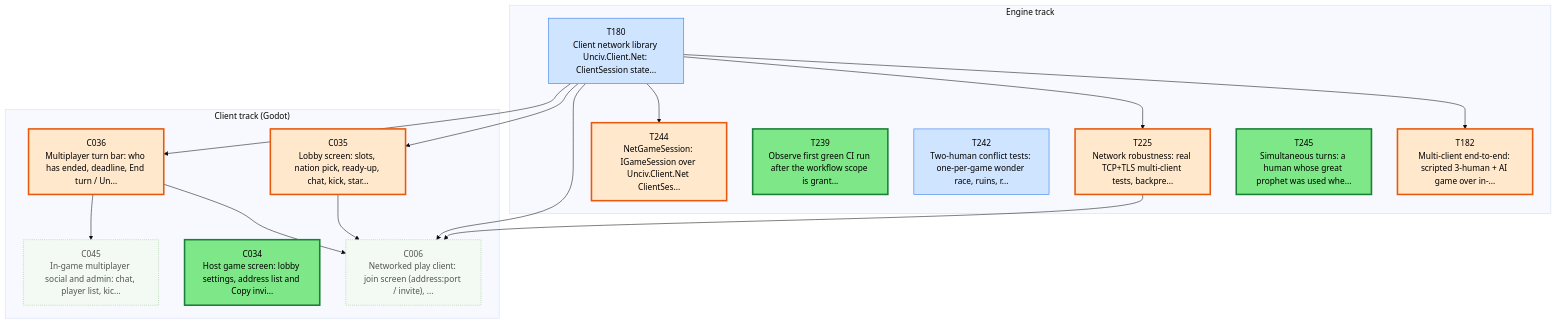
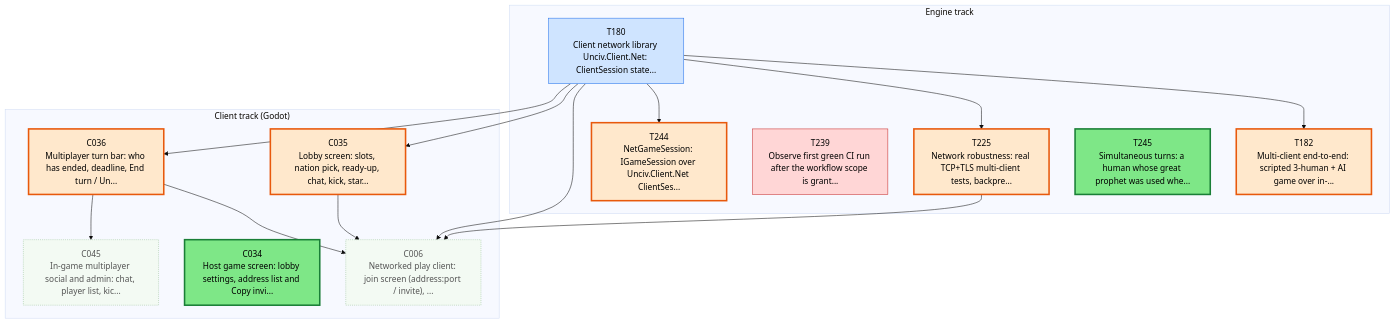
The first of 3 diagrams in csharp/migration/DEPENDENCY_MAP.md (Kenmura/Unciv), drawn with Mermaid (base theme) before and after one commit. The commit also changed other lines of this file and 1 other file, not shown here.

Commit message:
migration: review T242 pass [Adversarial Review]

````diff
--- a/csharp/migration/DEPENDENCY_MAP.md
+++ b/csharp/migration/DEPENDENCY_MAP.md
@@ -24,48 +24,46 @@
 ```mermaid
 flowchart TD
   subgraph TTRACK["Engine track"]
     T180["T180<br/>Client network library Unciv.Client.Net: ClientSession state..."]
     T182["T182<br/>Multi-client end-to-end: scripted 3-human + AI game over in-..."]
     T225["T225<br/>Network robustness: real TCP+TLS multi-client tests, backpre..."]
     T239["T239<br/>Observe first green CI run after the workflow scope is grant..."]
-    T242["T242<br/>Two-human conflict tests: one-per-game wonder race, ruins, r..."]
     T244["T244<br/>NetGameSession: IGameSession over Unciv.Client.Net ClientSes..."]
     T245["T245<br/>Simultaneous turns: a human whose great prophet was used whe..."]
   end
   subgraph CTRACK["Client track (Godot)"]
     C006["C006<br/>Networked play client: join screen (address:port / invite), ..."]
     C034["C034<br/>Host game screen: lobby settings, address list and Copy invi..."]
     C035["C035<br/>Lobby screen: slots, nation pick, ready-up, chat, kick, star..."]
     C036["C036<br/>Multiplayer turn bar: who has ended, deadline, End turn / Un..."]
     C045["C045<br/>In-game multiplayer social and admin: chat, player list, kic..."]
   end
   T180 --> T182
   T180 --> T225
   T180 --> T244
   T180 --> C006
   C035 --> C006
   C036 --> C006
   T225 --> C006
   T180 --> C035
   T180 --> C036
   C036 --> C045
   classDef waiting fill:#f3faf3,stroke:#9bc49b,color:#555,stroke-dasharray:2 2
   classDef ondeck fill:#ffe8cc,stroke:#e8590c,stroke-width:3px,color:#000
   classDef ready fill:#7ee787,stroke:#1a7f37,stroke-width:3px,color:#000
   classDef prog fill:#fff3b0,stroke:#b58900,color:#000
   classDef review fill:#cfe4ff,stroke:#1f6feb,color:#000
   classDef blocked fill:#ffd6d6,stroke:#c62828,color:#000
   classDef done fill:#eeeeee,stroke:#999999,color:#666,stroke-dasharray:4 3
   class C006 waiting
   class C034 ready
   class C035 ondeck
   class C036 ondeck
   class C045 waiting
   class T180 review
   class T182 ondeck
   class T225 ondeck
-  class T239 ready
-  class T242 review
+  class T239 blocked
   class T244 ondeck
   class T245 ready
 ```
````
